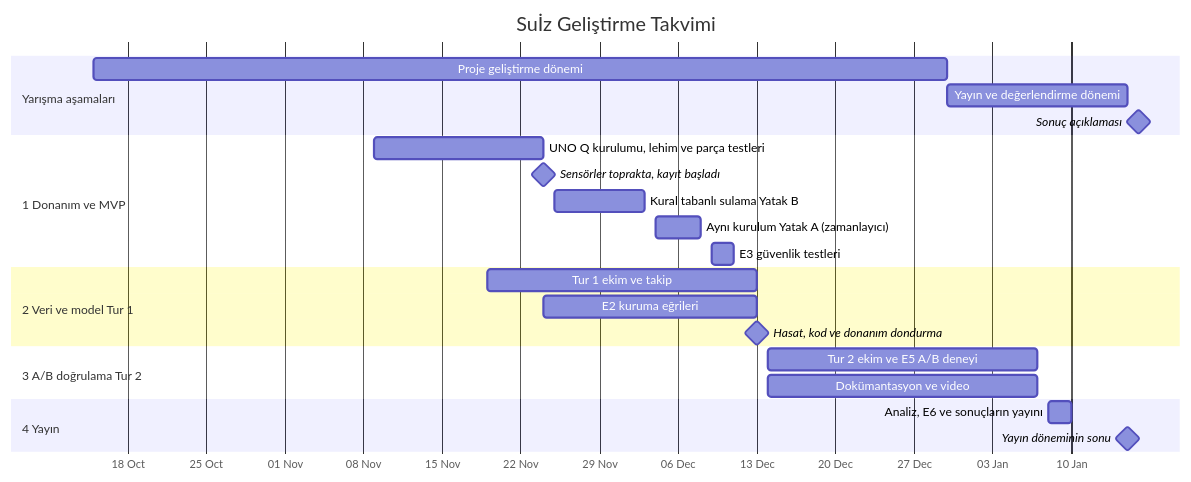
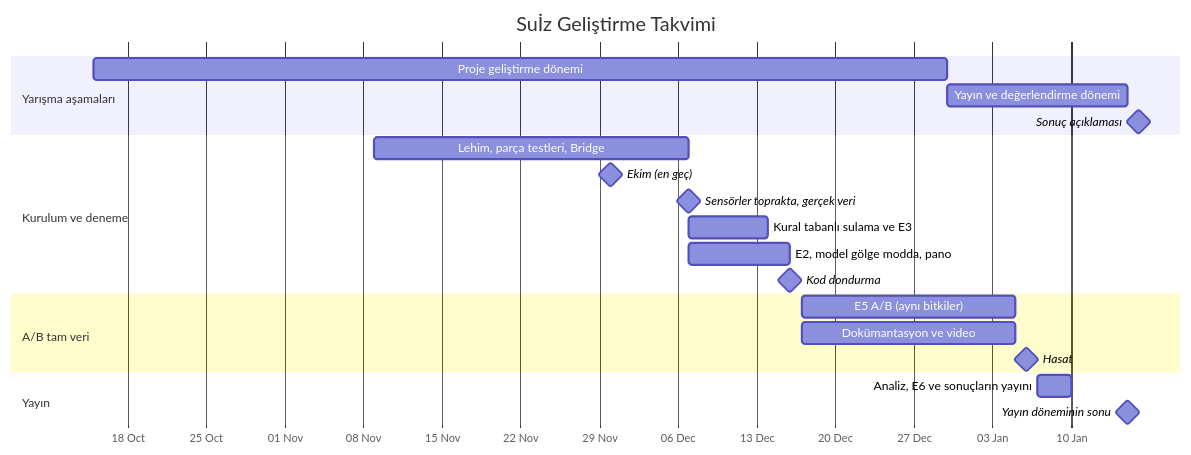
One commit to Berceste-Team/Su-z changed the third of 3 diagrams in README.md. Above: the diagram before and after it, drawn with Mermaid. The commit also changed other lines of this file and 9 other files, not shown here.

````diff
--- a/README.md
+++ b/README.md
@@ -587,31 +591,28 @@
 ```mermaid
 gantt
     title Suİz Geliştirme Takvimi
     dateFormat  YYYY-MM-DD
     axisFormat  %d %b
 
     section Yarışma aşamaları
     Proje geliştirme dönemi                 :a3, 2026-10-15, 2026-12-30
     Yayın ve değerlendirme dönemi           :a4, 2026-12-30, 2027-01-15
     Sonuç açıklaması                        :milestone, a5, 2027-01-16, 0d
 
-    section 1 Donanım ve MVP
-    UNO Q kurulumu, lehim ve parça testleri :d1, 2026-11-09, 2026-11-24
-    Sensörler toprakta, kayıt başladı       :milestone, m1, 2026-11-24, 0d
-    Kural tabanlı sulama Yatak B            :d2, 2026-11-25, 2026-12-03
-    Aynı kurulum Yatak A (zamanlayıcı)      :d3, 2026-12-04, 2026-12-08
-    E3 güvenlik testleri                    :d4, 2026-12-09, 2026-12-11
+    section Kurulum ve deneme
+    Lehim, parça testleri, Bridge           :d1, 2026-11-09, 2026-12-07
+    Ekim (en geç)                           :milestone, m0, 2026-11-30, 0d
+    Sensörler toprakta, gerçek veri         :milestone, m1, 2026-12-07, 0d
+    Kural tabanlı sulama ve E3              :d2, 2026-12-07, 2026-12-14
+    E2, model gölge modda, pano             :v1, 2026-12-07, 2026-12-16
+    Kod dondurma                            :milestone, m3, 2026-12-16, 0d
 
-    section 2 Veri ve model Tur 1
-    Tur 1 ekim ve takip                     :v0, 2026-11-19, 2026-12-13
-    E2 kuruma eğrileri                      :v1, 2026-11-24, 2026-12-13
-    Hasat, kod ve donanım dondurma          :milestone, m3, 2026-12-13, 0d
+    section A/B tam veri
+    E5 A/B (aynı bitkiler)                  :e1, 2026-12-17, 2027-01-05
+    Dokümantasyon ve video                  :e2, 2026-12-17, 2027-01-05
+    Hasat                                   :milestone, m5, 2027-01-06, 0d
 
-    section 3 A/B doğrulama Tur 2
-    Tur 2 ekim ve E5 A/B deneyi             :e1, 2026-12-14, 2027-01-07
-    Dokümantasyon ve video                  :e2, 2026-12-14, 2027-01-07
-
-    section 4 Yayın
-    Analiz, E6 ve sonuçların yayını         :p1, 2027-01-08, 2027-01-10
-    Yayın döneminin sonu                    :milestone, m4, 2027-01-15, 0d
+    section Yayın
+    Analiz, E6 ve sonuçların yayını         :p1, 2027-01-07, 2027-01-10
+    Yayın döneminin sonu                    :milestone, m6, 2027-01-15, 0d
 ```
````
